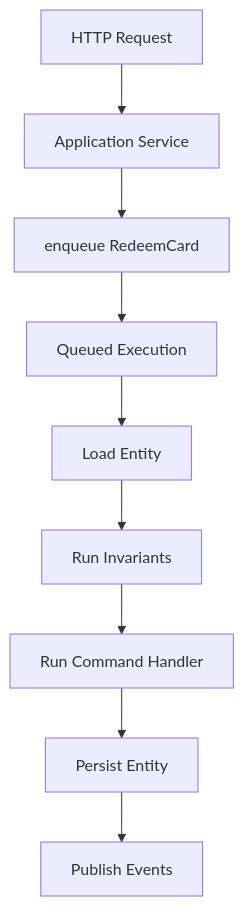
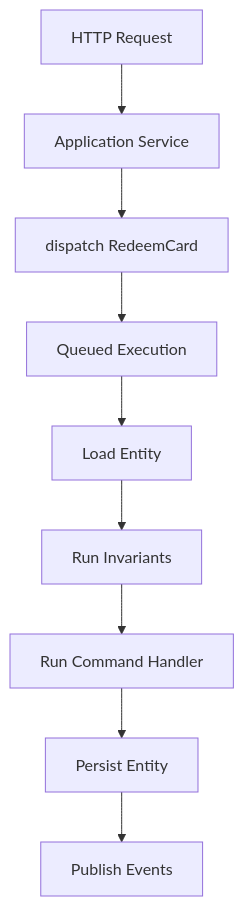
Before and after one commit to atomly/domain: the second of 4 diagrams in docs/pdd/001-user-stories.md, drawn with Mermaid. The commit also changed other lines of this file, not shown here.

Commit message:
Replace enqueue with dispatch

````diff
--- a/docs/pdd/001-user-stories.md
+++ b/docs/pdd/001-user-stories.md
@@ -188,11 +188,11 @@
 ```mermaid
 flowchart TD
   HTTP[HTTP Request] --> App[Application Service]
-  App --> Enqueue[enqueue RedeemCard]
-  Enqueue --> Queue[Queued Execution]
+  App --> Dispatch[dispatch RedeemCard]
+  Dispatch --> Queue[Queued Execution]
   Queue --> Load[Load Entity]
   Load --> Invariants[Run Invariants]
   Invariants --> Handle[Run Command Handler]
   Handle --> Persist[Persist Entity]
   Persist --> Publish[Publish Events]
 ```
````
